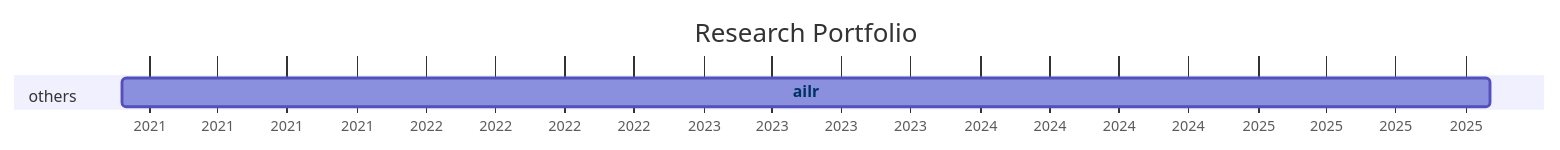
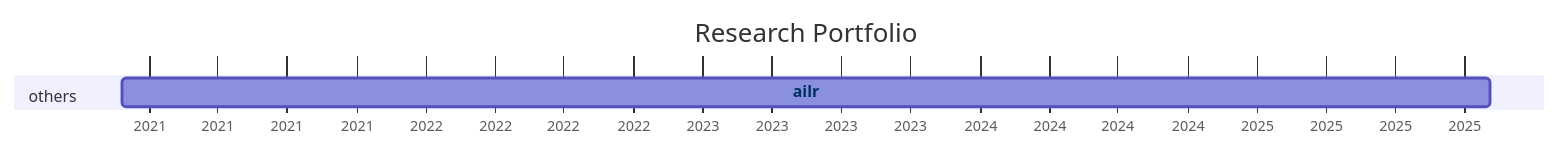
One commit to digital-work-lab/handbook changed the diagram in docs/20-research/25-projects-gantt.md. Above: the diagram before and after it, drawn with Mermaid. The commit also changed 1 other file, not shown here.

Commit message:
Update repository overview

````diff
--- a/docs/20-research/25-projects-gantt.md
+++ b/docs/20-research/25-projects-gantt.md
@@ -8,21 +8,21 @@
 ```mermaid
 ---
 displayMode: compact
 ---
 gantt
 title Research Portfolio
 dateFormat YYYY-MM-DD
 axisFormat %Y
 
     section work_practices
 
     section distributed_organizing
 
     section knowledge_synthesis
 
     section others
-        ailr :ailr, 2020-11-26, 2025-11-03
+        ailr :ailr, 2020-11-26, 2025-11-04
 
 
     click ailr href "{{ site.baseurl }}/docs/10-lab/18-resources/ailr.html"
 ```
````
